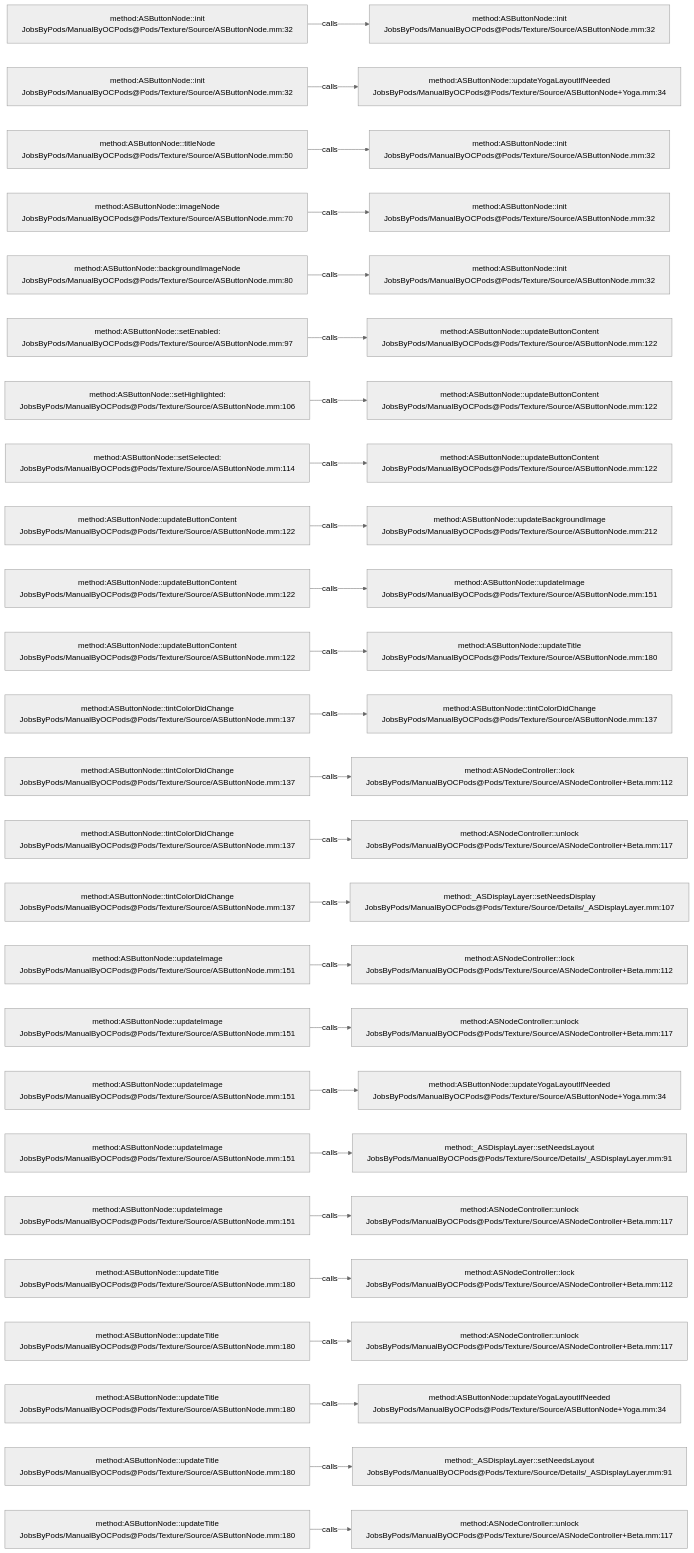
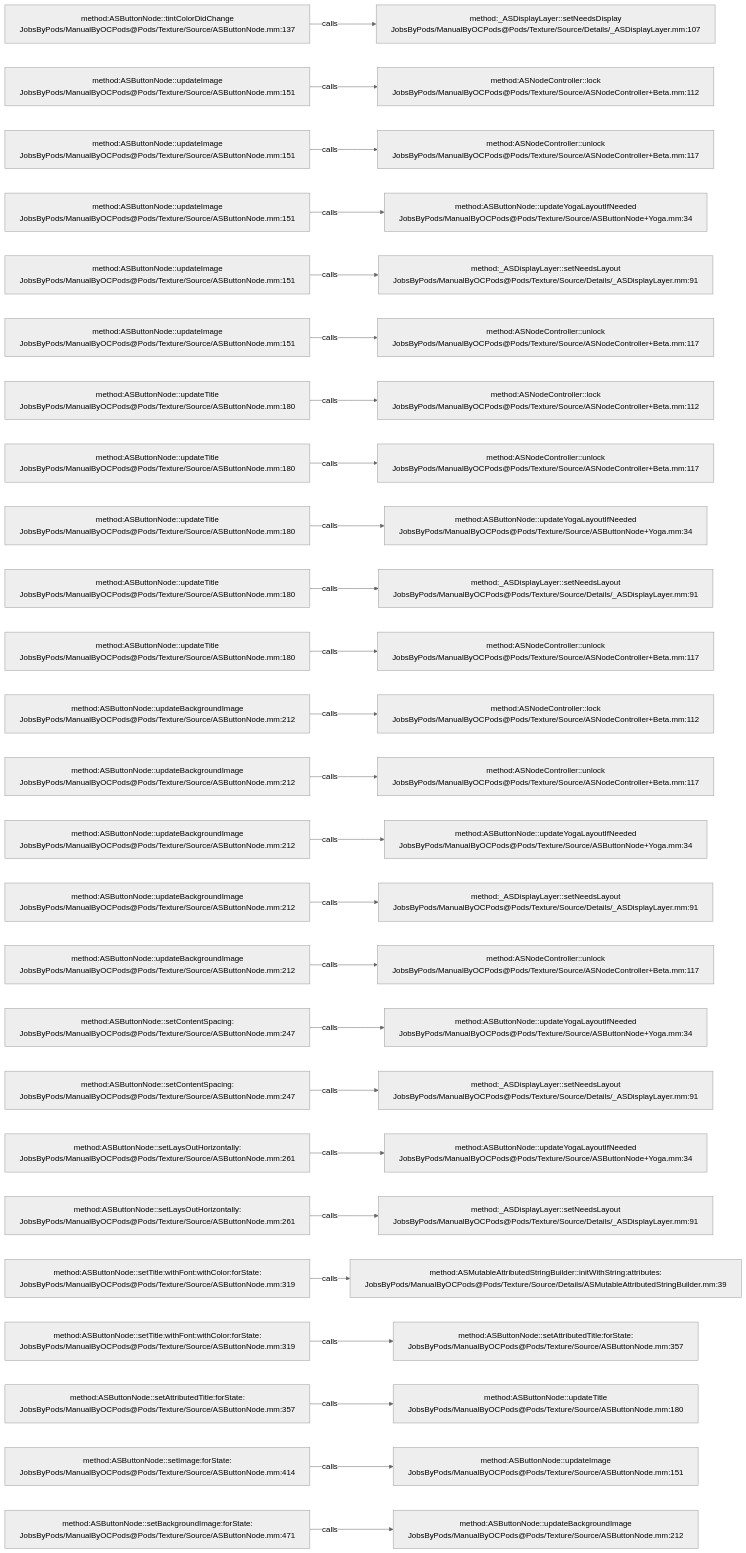
Before and after one commit to JobsKits/JobsOCBaseConfigDemo: the diagram in .codegraph/codegraph.md/graphs/calls-073.md, drawn with Mermaid (neutral theme). The commit also changed 296 other files, not shown here.

````diff
--- a/.codegraph/codegraph.md/graphs/calls-073.md
+++ b/.codegraph/codegraph.md/graphs/calls-073.md
@@ -13,78 +13,78 @@
 ```mermaid
 flowchart LR
-  S1["method:ASButtonNode::init<br/>JobsByPods/ManualByOCPods@Pods/Texture/Source/ASButtonNode.mm:32"]
-  T1["method:ASButtonNode::init<br/>JobsByPods/ManualByOCPods@Pods/Texture/Source/ASButtonNode.mm:32"]
+  S1["method:ASButtonNode::tintColorDidChange<br/>JobsByPods/ManualByOCPods@Pods/Texture/Source/ASButtonNode.mm:137"]
+  T1["method:_ASDisplayLayer::setNeedsDisplay<br/>JobsByPods/ManualByOCPods@Pods/Texture/Source/Details/_ASDisplayLayer.mm:107"]
   S1 -->|calls| T1
-  S2["method:ASButtonNode::init<br/>JobsByPods/ManualByOCPods@Pods/Texture/Source/ASButtonNode.mm:32"]
-  T2["method:ASButtonNode::updateYogaLayoutIfNeeded<br/>JobsByPods/ManualByOCPods@Pods/Texture/Source/ASButtonNode+Yoga.mm:34"]
+  S2["method:ASButtonNode::updateImage<br/>JobsByPods/ManualByOCPods@Pods/Texture/Source/ASButtonNode.mm:151"]
+  T2["method:ASNodeController::lock<br/>JobsByPods/ManualByOCPods@Pods/Texture/Source/ASNodeController+Beta.mm:112"]
   S2 -->|calls| T2
-  S3["method:ASButtonNode::titleNode<br/>JobsByPods/ManualByOCPods@Pods/Texture/Source/ASButtonNode.mm:50"]
-  T3["method:ASButtonNode::init<br/>JobsByPods/ManualByOCPods@Pods/Texture/Source/ASButtonNode.mm:32"]
+  S3["method:ASButtonNode::updateImage<br/>JobsByPods/ManualByOCPods@Pods/Texture/Source/ASButtonNode.mm:151"]
+  T3["method:ASNodeController::unlock<br/>JobsByPods/ManualByOCPods@Pods/Texture/Source/ASNodeController+Beta.mm:117"]
   S3 -->|calls| T3
-  S4["method:ASButtonNode::imageNode<br/>JobsByPods/ManualByOCPods@Pods/Texture/Source/ASButtonNode.mm:70"]
-  T4["method:ASButtonNode::init<br/>JobsByPods/ManualByOCPods@Pods/Texture/Source/ASButtonNode.mm:32"]
+  S4["method:ASButtonNode::updateImage<br/>JobsByPods/ManualByOCPods@Pods/Texture/Source/ASButtonNode.mm:151"]
+  T4["method:ASButtonNode::updateYogaLayoutIfNeeded<br/>JobsByPods/ManualByOCPods@Pods/Texture/Source/ASButtonNode+Yoga.mm:34"]
   S4 -->|calls| T4
-  S5["method:ASButtonNode::backgroundImageNode<br/>JobsByPods/ManualByOCPods@Pods/Texture/Source/ASButtonNode.mm:80"]
-  T5["method:ASButtonNode::init<br/>JobsByPods/ManualByOCPods@Pods/Texture/Source/ASButtonNode.mm:32"]
+  S5["method:ASButtonNode::updateImage<br/>JobsByPods/ManualByOCPods@Pods/Texture/Source/ASButtonNode.mm:151"]
+  T5["method:_ASDisplayLayer::setNeedsLayout<br/>JobsByPods/ManualByOCPods@Pods/Texture/Source/Details/_ASDisplayLayer.mm:91"]
   S5 -->|calls| T5
-  S6["method:ASButtonNode::setEnabled:<br/>JobsByPods/ManualByOCPods@Pods/Texture/Source/ASButtonNode.mm:97"]
-  T6["method:ASButtonNode::updateButtonContent<br/>JobsByPods/ManualByOCPods@Pods/Texture/Source/ASButtonNode.mm:122"]
+  S6["method:ASButtonNode::updateImage<br/>JobsByPods/ManualByOCPods@Pods/Texture/Source/ASButtonNode.mm:151"]
+  T6["method:ASNodeController::unlock<br/>JobsByPods/ManualByOCPods@Pods/Texture/Source/ASNodeController+Beta.mm:117"]
   S6 -->|calls| T6
-  S7["method:ASButtonNode::setHighlighted:<br/>JobsByPods/ManualByOCPods@Pods/Texture/Source/ASButtonNode.mm:106"]
-  T7["method:ASButtonNode::updateButtonContent<br/>JobsByPods/ManualByOCPods@Pods/Texture/Source/ASButtonNode.mm:122"]
+  S7["method:ASButtonNode::updateTitle<br/>JobsByPods/ManualByOCPods@Pods/Texture/Source/ASButtonNode.mm:180"]
+  T7["method:ASNodeController::lock<br/>JobsByPods/ManualByOCPods@Pods/Texture/Source/ASNodeController+Beta.mm:112"]
   S7 -->|calls| T7
-  S8["method:ASButtonNode::setSelected:<br/>JobsByPods/ManualByOCPods@Pods/Texture/Source/ASButtonNode.mm:114"]
-  T8["method:ASButtonNode::updateButtonContent<br/>JobsByPods/ManualByOCPods@Pods/Texture/Source/ASButtonNode.mm:122"]
+  S8["method:ASButtonNode::updateTitle<br/>JobsByPods/ManualByOCPods@Pods/Texture/Source/ASButtonNode.mm:180"]
+  T8["method:ASNodeController::unlock<br/>JobsByPods/ManualByOCPods@Pods/Texture/Source/ASNodeController+Beta.mm:117"]
   S8 -->|calls| T8
-  S9["method:ASButtonNode::updateButtonContent<br/>JobsByPods/ManualByOCPods@Pods/Texture/Source/ASButtonNode.mm:122"]
-  T9["method:ASButtonNode::updateBackgroundImage<br/>JobsByPods/ManualByOCPods@Pods/Texture/Source/ASButtonNode.mm:212"]
+  S9["method:ASButtonNode::updateTitle<br/>JobsByPods/ManualByOCPods@Pods/Texture/Source/ASButtonNode.mm:180"]
+  T9["method:ASButtonNode::updateYogaLayoutIfNeeded<br/>JobsByPods/ManualByOCPods@Pods/Texture/Source/ASButtonNode+Yoga.mm:34"]
   S9 -->|calls| T9
-  S10["method:ASButtonNode::updateButtonContent<br/>JobsByPods/ManualByOCPods@Pods/Texture/Source/ASButtonNode.mm:122"]
-  T10["method:ASButtonNode::updateImage<br/>JobsByPods/ManualByOCPods@Pods/Texture/Source/ASButtonNode.mm:151"]
+  S10["method:ASButtonNode::updateTitle<br/>JobsByPods/ManualByOCPods@Pods/Texture/Source/ASButtonNode.mm:180"]
+  T10["method:_ASDisplayLayer::setNeedsLayout<br/>JobsByPods/ManualByOCPods@Pods/Texture/Source/Details/_ASDisplayLayer.mm:91"]
   S10 -->|calls| T10
-  S11["method:ASButtonNode::updateButtonContent<br/>JobsByPods/ManualByOCPods@Pods/Texture/Source/ASButtonNode.mm:122"]
-  T11["method:ASButtonNode::updateTitle<br/>JobsByPods/ManualByOCPods@Pods/Texture/Source/ASButtonNode.mm:180"]
+  S11["method:ASButtonNode::updateTitle<br/>JobsByPods/ManualByOCPods@Pods/Texture/Source/ASButtonNode.mm:180"]
+  T11["method:ASNodeController::unlock<br/>JobsByPods/ManualByOCPods@Pods/Texture/Source/ASNodeController+Beta.mm:117"]
   S11 -->|calls| T11
-  S12["method:ASButtonNode::tintColorDidChange<br/>JobsByPods/ManualByOCPods@Pods/Texture/Source/ASButtonNode.mm:137"]
-  T12["method:ASButtonNode::tintColorDidChange<br/>JobsByPods/ManualByOCPods@Pods/Texture/Source/ASButtonNode.mm:137"]
+  S12["method:ASButtonNode::updateBackgroundImage<br/>JobsByPods/ManualByOCPods@Pods/Texture/Source/ASButtonNode.mm:212"]
+  T12["method:ASNodeController::lock<br/>JobsByPods/ManualByOCPods@Pods/Texture/Source/ASNodeController+Beta.mm:112"]
   S12 -->|calls| T12
-  S13["method:ASButtonNode::tintColorDidChange<br/>JobsByPods/ManualByOCPods@Pods/Texture/Source/ASButtonNode.mm:137"]
-  T13["method:ASNodeController::lock<br/>JobsByPods/ManualByOCPods@Pods/Texture/Source/ASNodeController+Beta.mm:112"]
+  S13["method:ASButtonNode::updateBackgroundImage<br/>JobsByPods/ManualByOCPods@Pods/Texture/Source/ASButtonNode.mm:212"]
+  T13["method:ASNodeController::unlock<br/>JobsByPods/ManualByOCPods@Pods/Texture/Source/ASNodeController+Beta.mm:117"]
   S13 -->|calls| T13
-  S14["method:ASButtonNode::tintColorDidChange<br/>JobsByPods/ManualByOCPods@Pods/Texture/Source/ASButtonNode.mm:137"]
-  T14["method:ASNodeController::unlock<br/>JobsByPods/ManualByOCPods@Pods/Texture/Source/ASNodeController+Beta.mm:117"]
+  S14["method:ASButtonNode::updateBackgroundImage<br/>JobsByPods/ManualByOCPods@Pods/Texture/Source/ASButtonNode.mm:212"]
+  T14["method:ASButtonNode::updateYogaLayoutIfNeeded<br/>JobsByPods/ManualByOCPods@Pods/Texture/Source/ASButtonNode+Yoga.mm:34"]
   S14 -->|calls| T14
-  S15["method:ASButtonNode::tintColorDidChange<br/>JobsByPods/ManualByOCPods@Pods/Texture/Source/ASButtonNode.mm:137"]
-  T15["method:_ASDisplayLayer::setNeedsDisplay<br/>JobsByPods/ManualByOCPods@Pods/Texture/Source/Details/_ASDisplayLayer.mm:107"]
+  S15["method:ASButtonNode::updateBackgroundImage<br/>JobsByPods/ManualByOCPods@Pods/Texture/Source/ASButtonNode.mm:212"]
+  T15["method:_ASDisplayLayer::setNeedsLayout<br/>JobsByPods/ManualByOCPods@Pods/Texture/Source/Details/_ASDisplayLayer.mm:91"]
   S15 -->|calls| T15
-  S16["method:ASButtonNode::updateImage<br/>JobsByPods/ManualByOCPods@Pods/Texture/Source/ASButtonNode.mm:151"]
-  T16["method:ASNodeController::lock<br/>JobsByPods/ManualByOCPods@Pods/Texture/Source/ASNodeController+Beta.mm:112"]
+  S16["method:ASButtonNode::updateBackgroundImage<br/>JobsByPods/ManualByOCPods@Pods/Texture/Source/ASButtonNode.mm:212"]
+  T16["method:ASNodeController::unlock<br/>JobsByPods/ManualByOCPods@Pods/Texture/Source/ASNodeController+Beta.mm:117"]
   S16 -->|calls| T16
-  S17["method:ASButtonNode::updateImage<br/>JobsByPods/ManualByOCPods@Pods/Texture/Source/ASButtonNode.mm:151"]
-  T17["method:ASNodeController::unlock<br/>JobsByPods/ManualByOCPods@Pods/Texture/Source/ASNodeController+Beta.mm:117"]
+  S17["method:ASButtonNode::setContentSpacing:<br/>JobsByPods/ManualByOCPods@Pods/Texture/Source/ASButtonNode.mm:247"]
+  T17["method:ASButtonNode::updateYogaLayoutIfNeeded<br/>JobsByPods/ManualByOCPods@Pods/Texture/Source/ASButtonNode+Yoga.mm:34"]
   S17 -->|calls| T17
-  S18["method:ASButtonNode::updateImage<br/>JobsByPods/ManualByOCPods@Pods/Texture/Source/ASButtonNode.mm:151"]
-  T18["method:ASButtonNode::updateYogaLayoutIfNeeded<br/>JobsByPods/ManualByOCPods@Pods/Texture/Source/ASButtonNode+Yoga.mm:34"]
+  S18["method:ASButtonNode::setContentSpacing:<br/>JobsByPods/ManualByOCPods@Pods/Texture/Source/ASButtonNode.mm:247"]
+  T18["method:_ASDisplayLayer::setNeedsLayout<br/>JobsByPods/ManualByOCPods@Pods/Texture/Source/Details/_ASDisplayLayer.mm:91"]
   S18 -->|calls| T18
-  S19["method:ASButtonNode::updateImage<br/>JobsByPods/ManualByOCPods@Pods/Texture/Source/ASButtonNode.mm:151"]
-  T19["method:_ASDisplayLayer::setNeedsLayout<br/>JobsByPods/ManualByOCPods@Pods/Texture/Source/Details/_ASDisplayLayer.mm:91"]
+  S19["method:ASButtonNode::setLaysOutHorizontally:<br/>JobsByPods/ManualByOCPods@Pods/Texture/Source/ASButtonNode.mm:261"]
+  T19["method:ASButtonNode::updateYogaLayoutIfNeeded<br/>JobsByPods/ManualByOCPods@Pods/Texture/Source/ASButtonNode+Yoga.mm:34"]
   S19 -->|calls| T19
-  S20["method:ASButtonNode::updateImage<br/>JobsByPods/ManualByOCPods@Pods/Texture/Source/ASButtonNode.mm:151"]
-  T20["method:ASNodeController::unlock<br/>JobsByPods/ManualByOCPods@Pods/Texture/Source/ASNodeController+Beta.mm:117"]
+  S20["method:ASButtonNode::setLaysOutHorizontally:<br/>JobsByPods/ManualByOCPods@Pods/Texture/Source/ASButtonNode.mm:261"]
+  T20["method:_ASDisplayLayer::setNeedsLayout<br/>JobsByPods/ManualByOCPods@Pods/Texture/Source/Details/_ASDisplayLayer.mm:91"]
   S20 -->|calls| T20
-  S21["method:ASButtonNode::updateTitle<br/>JobsByPods/ManualByOCPods@Pods/Texture/Source/ASButtonNode.mm:180"]
-  T21["method:ASNodeController::lock<br/>JobsByPods/ManualByOCPods@Pods/Texture/Source/ASNodeController+Beta.mm:112"]
+  S21["method:ASButtonNode::setTitle:withFont:withColor:forState:<br/>JobsByPods/ManualByOCPods@Pods/Texture/Source/ASButtonNode.mm:319"]
+  T21["method:ASMutableAttributedStringBuilder::initWithString:attributes:<br/>JobsByPods/ManualByOCPods@Pods/Texture/Source/Details/ASMutableAttributedStringBuilder.mm:39"]
   S21 -->|calls| T21
-  S22["method:ASButtonNode::updateTitle<br/>JobsByPods/ManualByOCPods@Pods/Texture/Source/ASButtonNode.mm:180"]
-  T22["method:ASNodeController::unlock<br/>JobsByPods/ManualByOCPods@Pods/Texture/Source/ASNodeController+Beta.mm:117"]
+  S22["method:ASButtonNode::setTitle:withFont:withColor:forState:<br/>JobsByPods/ManualByOCPods@Pods/Texture/Source/ASButtonNode.mm:319"]
+  T22["method:ASButtonNode::setAttributedTitle:forState:<br/>JobsByPods/ManualByOCPods@Pods/Texture/Source/ASButtonNode.mm:357"]
   S22 -->|calls| T22
-  S23["method:ASButtonNode::updateTitle<br/>JobsByPods/ManualByOCPods@Pods/Texture/Source/ASButtonNode.mm:180"]
-  T23["method:ASButtonNode::updateYogaLayoutIfNeeded<br/>JobsByPods/ManualByOCPods@Pods/Texture/Source/ASButtonNode+Yoga.mm:34"]
+  S23["method:ASButtonNode::setAttributedTitle:forState:<br/>JobsByPods/ManualByOCPods@Pods/Texture/Source/ASButtonNode.mm:357"]
+  T23["method:ASButtonNode::updateTitle<br/>JobsByPods/ManualByOCPods@Pods/Texture/Source/ASButtonNode.mm:180"]
   S23 -->|calls| T23
-  S24["method:ASButtonNode::updateTitle<br/>JobsByPods/ManualByOCPods@Pods/Texture/Source/ASButtonNode.mm:180"]
-  T24["method:_ASDisplayLayer::setNeedsLayout<br/>JobsByPods/ManualByOCPods@Pods/Texture/Source/Details/_ASDisplayLayer.mm:91"]
+  S24["method:ASButtonNode::setImage:forState:<br/>JobsByPods/ManualByOCPods@Pods/Texture/Source/ASButtonNode.mm:414"]
+  T24["method:ASButtonNode::updateImage<br/>JobsByPods/ManualByOCPods@Pods/Texture/Source/ASButtonNode.mm:151"]
   S24 -->|calls| T24
-  S25["method:ASButtonNode::updateTitle<br/>JobsByPods/ManualByOCPods@Pods/Texture/Source/ASButtonNode.mm:180"]
-  T25["method:ASNodeController::unlock<br/>JobsByPods/ManualByOCPods@Pods/Texture/Source/ASNodeController+Beta.mm:117"]
+  S25["method:ASButtonNode::setBackgroundImage:forState:<br/>JobsByPods/ManualByOCPods@Pods/Texture/Source/ASButtonNode.mm:471"]
+  T25["method:ASButtonNode::updateBackgroundImage<br/>JobsByPods/ManualByOCPods@Pods/Texture/Source/ASButtonNode.mm:212"]
   S25 -->|calls| T25
 ```
````
